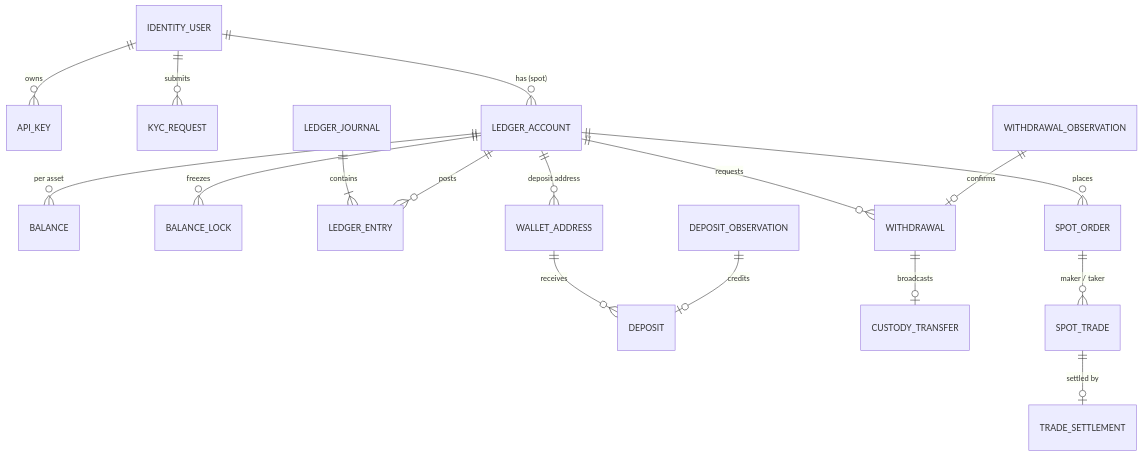
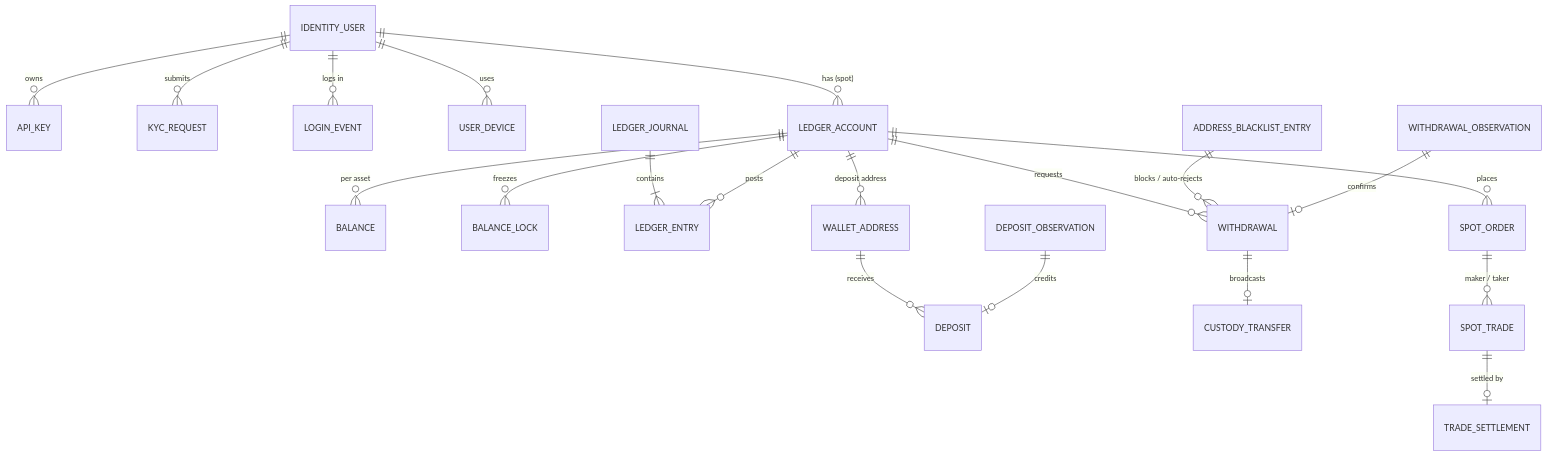
One commit to ocean-8848/CEX-Demo changed the first of 11 diagrams in docs/domain-model.md. Above: the diagram before and after it, drawn with Mermaid. The commit also changed other lines of this file and 19 other files, not shown here.

````diff
--- a/docs/domain-model.md
+++ b/docs/domain-model.md
@@ -9,19 +9,22 @@
 ```mermaid
 erDiagram
   IDENTITY_USER ||--o{ API_KEY : owns
   IDENTITY_USER ||--o{ KYC_REQUEST : submits
+  IDENTITY_USER ||--o{ LOGIN_EVENT : "logs in"
+  IDENTITY_USER ||--o{ USER_DEVICE : "uses"
   IDENTITY_USER ||--o{ LEDGER_ACCOUNT : "has (spot)"
   LEDGER_ACCOUNT ||--o{ BALANCE : "per asset"
   LEDGER_ACCOUNT ||--o{ BALANCE_LOCK : freezes
   LEDGER_JOURNAL ||--|{ LEDGER_ENTRY : contains
   LEDGER_ACCOUNT ||--o{ LEDGER_ENTRY : posts
   LEDGER_ACCOUNT ||--o{ WALLET_ADDRESS : "deposit address"
   WALLET_ADDRESS ||--o{ DEPOSIT : receives
   DEPOSIT_OBSERVATION ||--o| DEPOSIT : "credits"
   LEDGER_ACCOUNT ||--o{ WITHDRAWAL : requests
   WITHDRAWAL ||--o| CUSTODY_TRANSFER : broadcasts
+  ADDRESS_BLACKLIST_ENTRY ||--o{ WITHDRAWAL : "blocks / auto-rejects"
   WITHDRAWAL_OBSERVATION ||--o| WITHDRAWAL : confirms
   LEDGER_ACCOUNT ||--o{ SPOT_ORDER : places
   SPOT_ORDER ||--o{ SPOT_TRADE : "maker / taker"
   SPOT_TRADE ||--o| TRADE_SETTLEMENT : "settled by"
 ```
````
